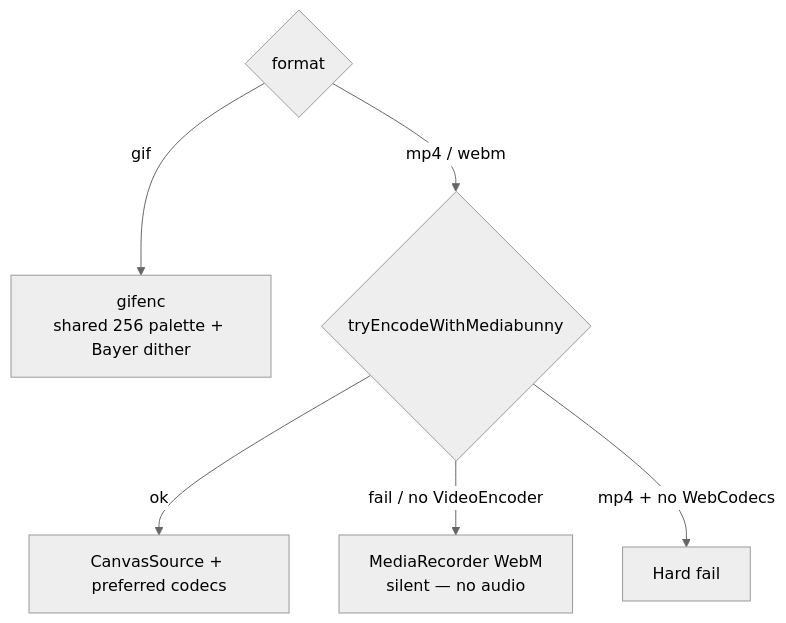
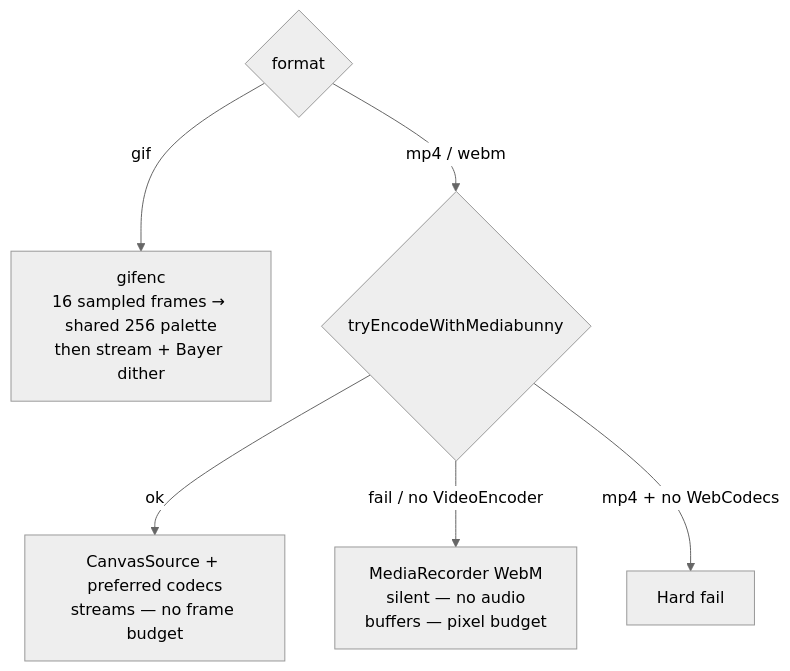
Before and after one commit to ShivaBhattacharjee/Tokokino: the fifth of 6 diagrams in wiki/core/animation-export.md, drawn with Mermaid (neutral theme). The commit also changed other lines of this file and 2 other files, not shown here.

First line of the commit message:
docs(wiki): document the removal of the 600-frame keyframe export cap

````diff
--- a/wiki/core/animation-export.md
+++ b/wiki/core/animation-export.md
@@ -201,9 +201,9 @@
 ```mermaid
 flowchart TD
   FMT{"format"}
-  FMT -->|gif| GIF["gifenc<br/>shared 256 palette + Bayer dither"]
+  FMT -->|gif| GIF["gifenc<br/>16 sampled frames → shared 256 palette<br/>then stream + Bayer dither"]
   FMT -->|mp4 / webm| MB{"tryEncodeWithMediabunny"}
-  MB -->|ok| MBENC["CanvasSource + preferred codecs"]
-  MB -->|fail / no VideoEncoder| MR["MediaRecorder WebM<br/>silent — no audio"]
+  MB -->|ok| MBENC["CanvasSource + preferred codecs<br/>streams — no frame budget"]
+  MB -->|fail / no VideoEncoder| MR["MediaRecorder WebM<br/>silent — no audio<br/>buffers — pixel budget"]
   MB -->|mp4 + no WebCodecs| FAIL["Hard fail"]
 ```
````
